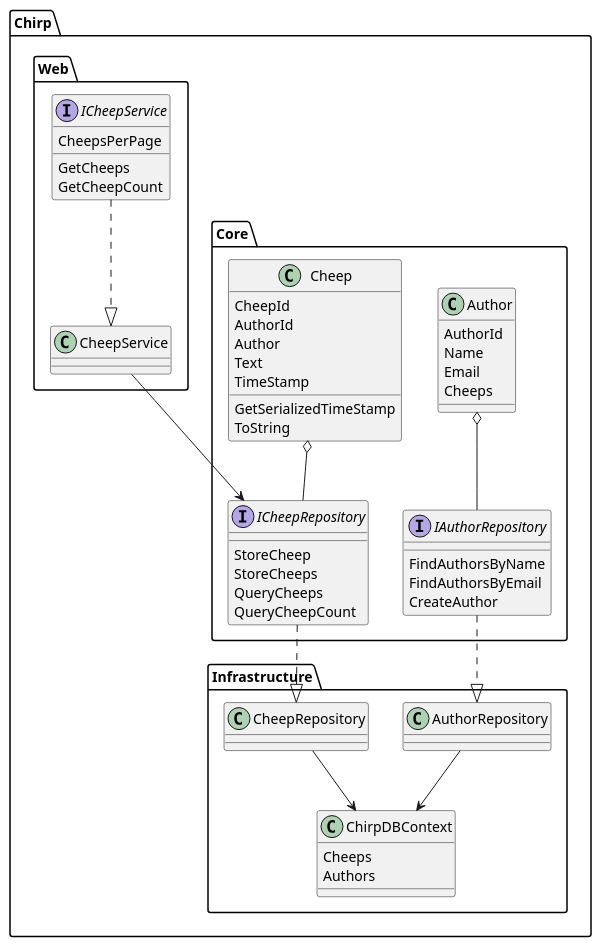
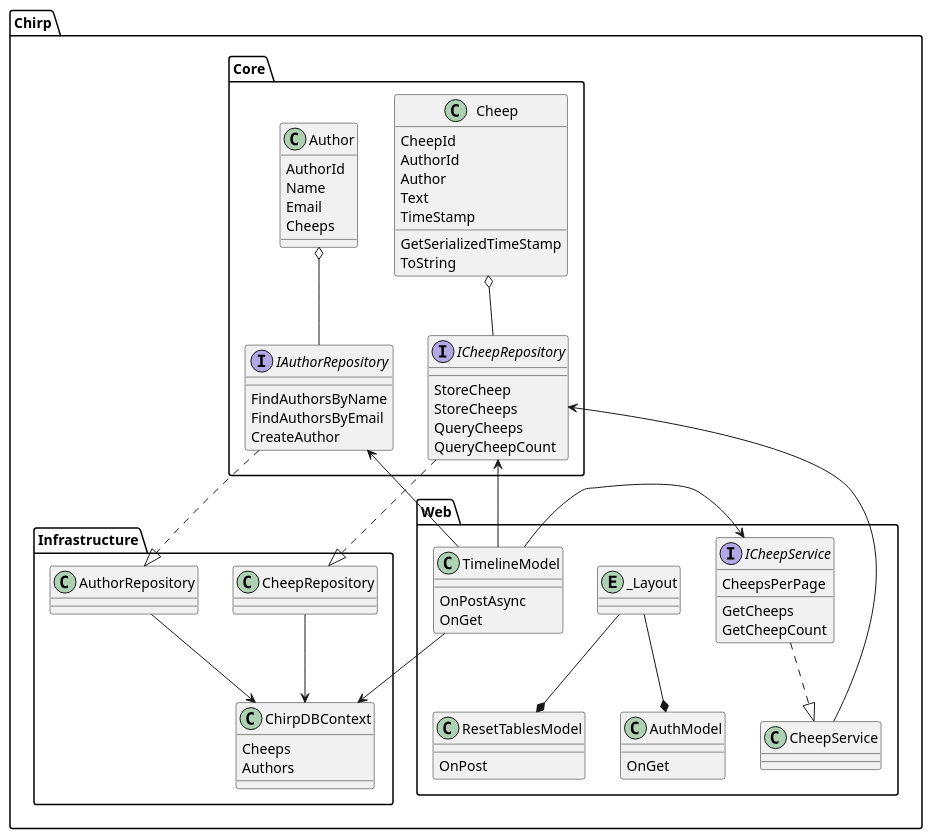
Before and after one commit to ITU-BDSA23-GROUP3/Chirp: the diagram in diagrams/chirp.puml, drawn with PlantUML.

Commit message:
More classes added

```diff
--- a/diagrams/chirp.puml
+++ b/diagrams/chirp.puml
@@ -1,68 +1,90 @@
 @startuml
 package Chirp.Core {
     interface IAuthorRepository {
         {method} FindAuthorsByName
         {method} FindAuthorsByEmail
         {method} CreateAuthor
         
     }
     interface ICheepRepository {
         {method} StoreCheep
         {method} StoreCheeps
         {method} QueryCheeps
         {method} QueryCheepCount
     }
     class Author
     {
         AuthorId
         Name
         Email
         Cheeps
     }
     
     class Cheep
     {
         CheepId
         AuthorId
         Author
         Text
         TimeStamp
         {method}GetSerializedTimeStamp
         {method}ToString
     }
     Author o-- IAuthorRepository
     Cheep o-- ICheepRepository
 }
 
 package Chirp.Infrastructure {
     class AuthorRepository {
     }
     
     class CheepRepository {
     }
     
     class ChirpDBContext{
         Cheeps
         Authors
     }
 
     IAuthorRepository ..|> AuthorRepository
     ICheepRepository ..|> CheepRepository
     AuthorRepository --> ChirpDBContext
     CheepRepository --> ChirpDBContext
 }
 
 package Chirp.Web {
     interface ICheepService {
         CheepsPerPage
         {method} GetCheeps
         {method} GetCheepCount
     }
     
     class CheepService {
     }
     
+    class TimelineModel {
+        {method} OnPostAsync
+        {method} OnGet
+    }
+    
+    class AuthModel {
+        {method} OnGet
+    }
+    
+    class ResetTablesModel{
+        {method} OnPost
+    }
+    
+    entity _Layout{}
+    
     ICheepService ..|> CheepService
     CheepService --> ICheepRepository
+    TimelineModel -up-> ICheepRepository
+    TimelineModel -up-> IAuthorRepository
+    TimelineModel -up-> ChirpDBContext
+    TimelineModel -right-> ICheepService
+    _Layout --* AuthModel
+    _Layout --* ResetTablesModel
+    
 }
 @enduml
```
